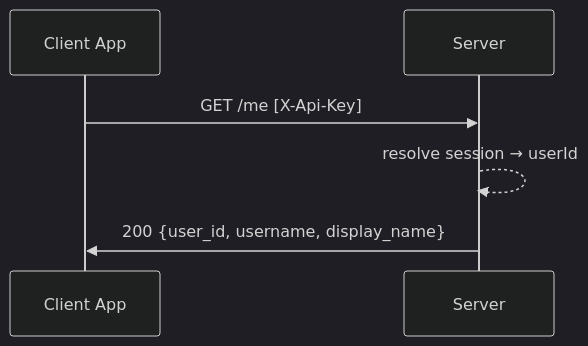
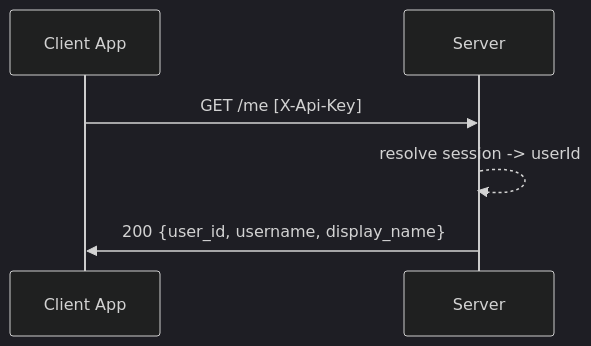
The first of 8 diagrams in docs/specs/settings-compost.md (bacalv/Heirlooms), drawn with Mermaid (dark theme) before and after one commit. The commit also changed other lines of this file and 9 other files, not shown here.

First line of the commit message:
docs: fix Mermaid v11 syntax across all spec and testing diagrams

````diff
--- a/docs/specs/settings-compost.md
+++ b/docs/specs/settings-compost.md
@@ -27,9 +27,9 @@
 ```mermaid
 sequenceDiagram
     participant App as Client App
     participant S as Server
 
     App->>S: GET /me [X-Api-Key]
-    S-->>S: resolve session → userId
+    S-->>S: resolve session -> userId
     S->>App: 200 {user_id, username, display_name}
 ```
````
